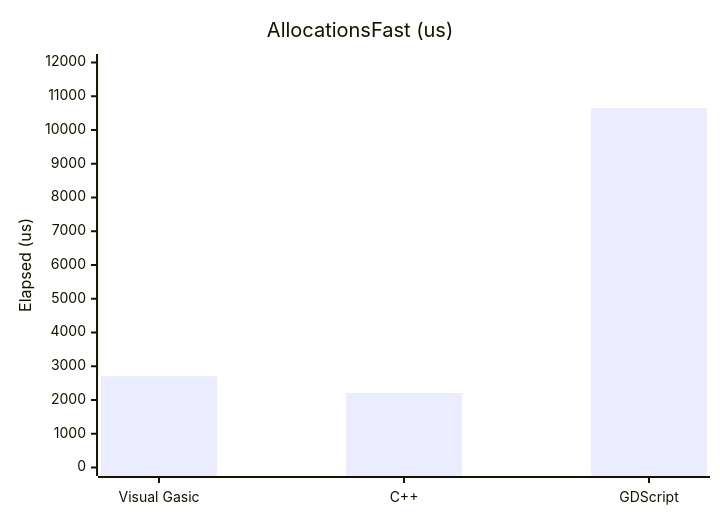
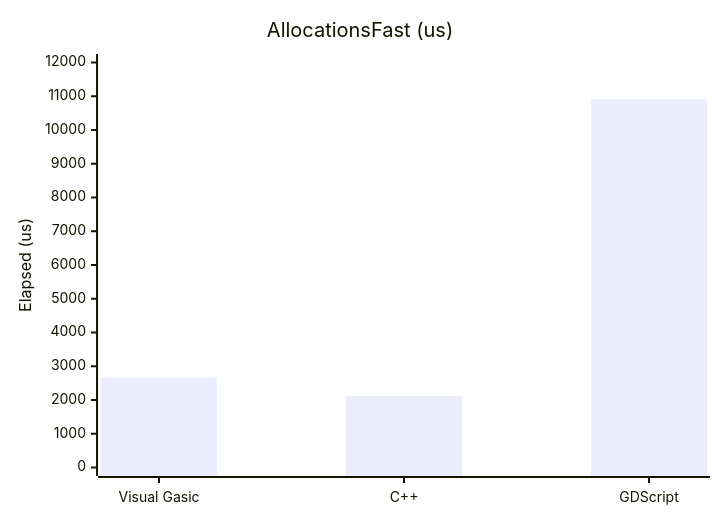
Before and after one commit to xgreenrx-star/VisualGasic: the ninth of 11 diagrams in docs/manual/performance.md, drawn with Mermaid. The commit also changed other lines of this file and 8 other files, not shown here.

````diff
--- a/docs/manual/performance.md
+++ b/docs/manual/performance.md
@@ -138,7 +145,7 @@
 ```mermaid
 xychart-beta
     title "AllocationsFast (us)"
     x-axis ["Visual Gasic","C++","GDScript"]
     y-axis "Elapsed (us)" 0 --> 12000
-    bar [2705,2206,10651]
+    bar [2665,2120,10903]
 ```
````
